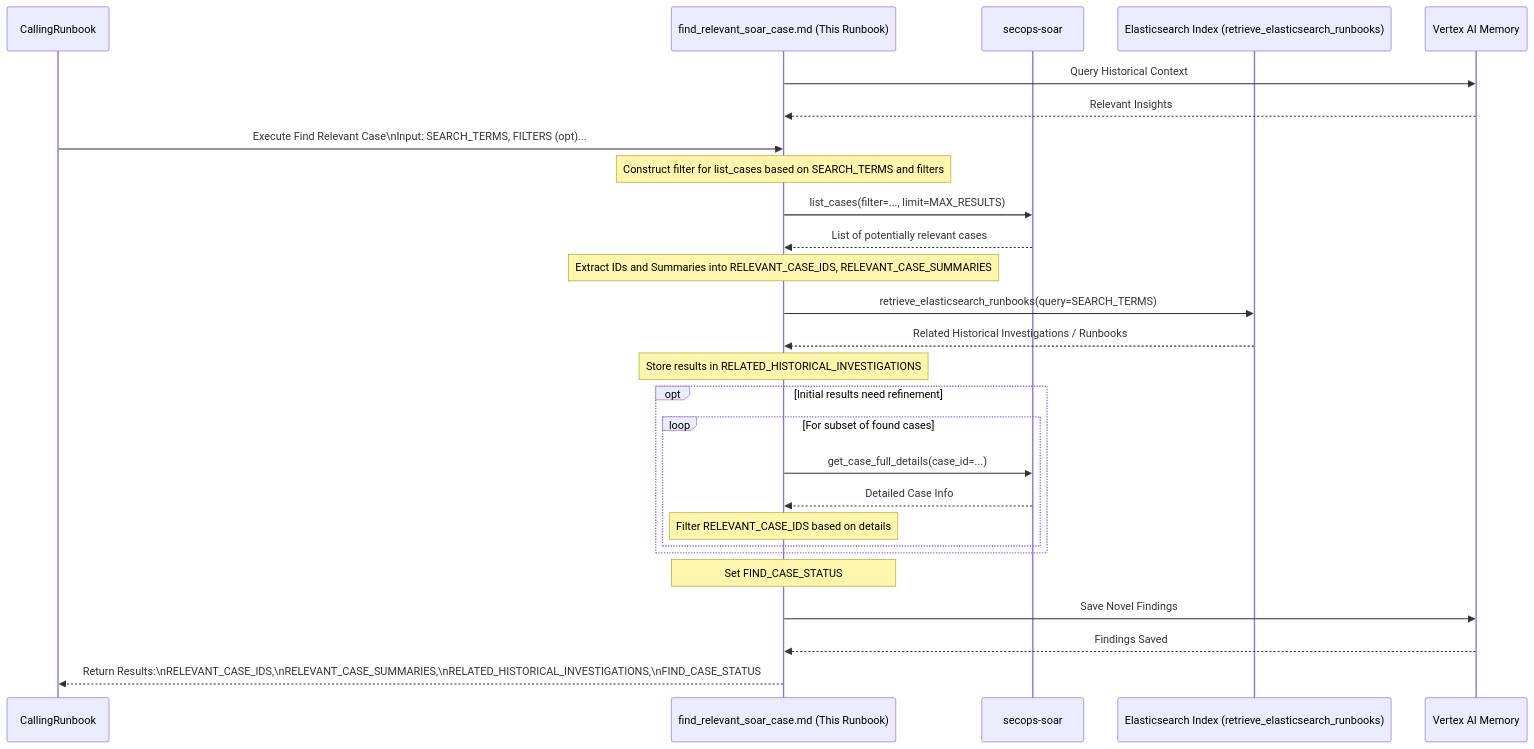
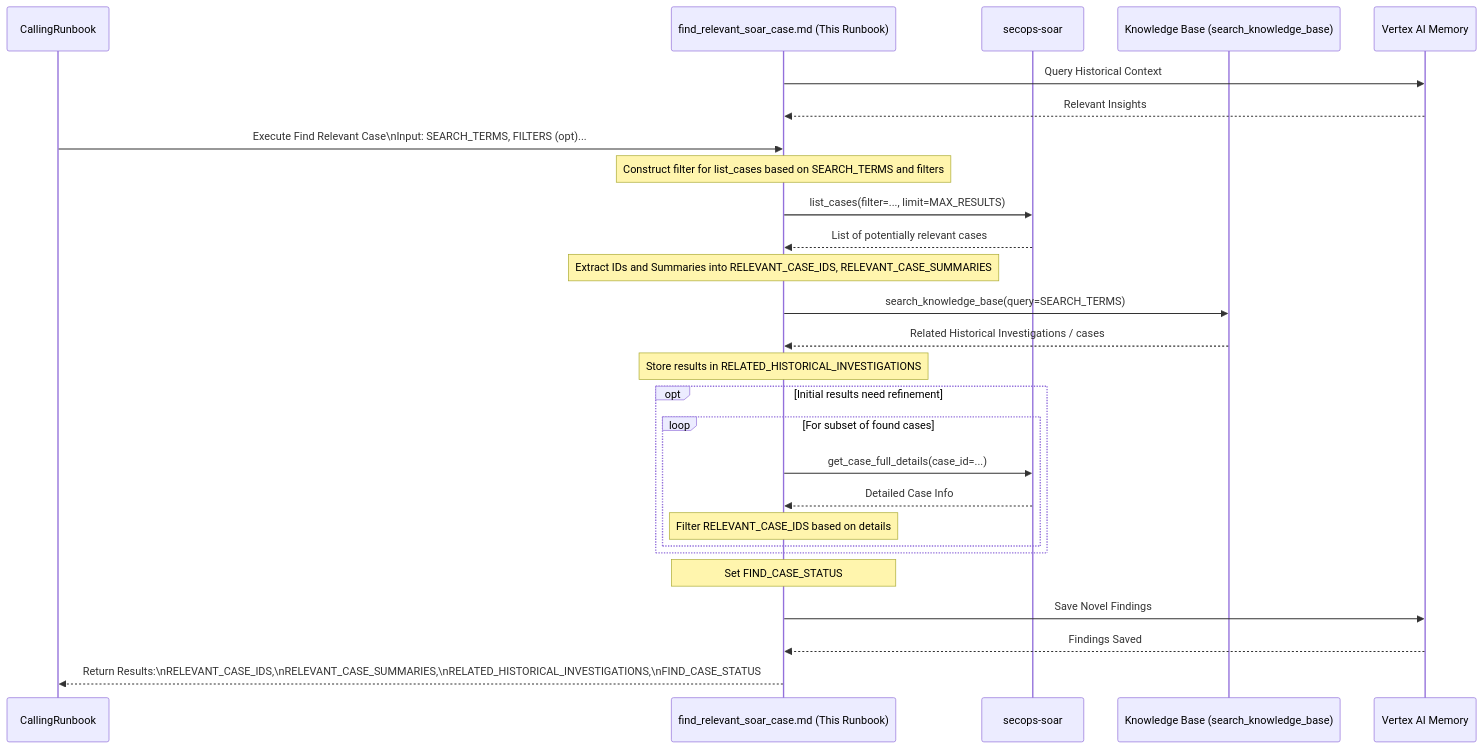
The diagram in rules-bank/run_books/common_steps/find_relevant_soar_case.md (dandye/adk_runbooks), drawn with Mermaid before and after one commit. The commit also changed other lines of this file, not shown here.

Commit message:
refactor: update find_relevant_soar_case runbook with search_knowledge_base tool name

````diff
--- a/rules-bank/run_books/common_steps/find_relevant_soar_case.md
+++ b/rules-bank/run_books/common_steps/find_relevant_soar_case.md
@@ -49,45 +49,45 @@
 ```mermaid
 sequenceDiagram
     participant CallingRunbook
     participant FindCase as find_relevant_soar_case.md (This Runbook)
     participant SOAR as secops-soar
-    participant ES as Elasticsearch Index (retrieve_elasticsearch_runbooks)
+    participant KB as Knowledge Base (search_knowledge_base)
     participant Memory as Vertex AI Memory
 
     %% Step: Query Memory Context
     FindCase->>Memory: Query Historical Context
     Memory-->>FindCase: Relevant Insights
     CallingRunbook->>FindCase: Execute Find Relevant Case\nInput: SEARCH_TERMS, FILTERS (opt)...
 
     %% Step 2: Construct Filter
     Note over FindCase: Construct filter for list_cases based on SEARCH_TERMS and filters
 
     %% Step 3: Execute Search
     FindCase->>SOAR: list_cases(filter=..., limit=MAX_RESULTS)
     SOAR-->>FindCase: List of potentially relevant cases
 
     %% Step 4: Process Results
     Note over FindCase: Extract IDs and Summaries into RELEVANT_CASE_IDS, RELEVANT_CASE_SUMMARIES
 
     %% Step 5: Search Elasticsearch Index
-    FindCase->>ES: retrieve_elasticsearch_runbooks(query=SEARCH_TERMS)
-    ES-->>FindCase: Related Historical Investigations / Runbooks
+    FindCase->>KB: search_knowledge_base(query=SEARCH_TERMS)
+    KB-->>FindCase: Related Historical Investigations / cases
     Note over FindCase: Store results in RELATED_HISTORICAL_INVESTIGATIONS
 
     %% Step 6: Optional Refinement (Conceptual)
     opt Initial results need refinement
         loop For subset of found cases
             FindCase->>SOAR: get_case_full_details(case_id=...)
             SOAR-->>FindCase: Detailed Case Info
             Note over FindCase: Filter RELEVANT_CASE_IDS based on details
         end
     end
 
     %% Step 7: Return Results
     Note over FindCase: Set FIND_CASE_STATUS
 
     %% Step: Save Findings to Memory
     FindCase->>Memory: Save Novel Findings
     Memory-->>FindCase: Findings Saved
     FindCase-->>CallingRunbook: Return Results:\nRELEVANT_CASE_IDS,\nRELEVANT_CASE_SUMMARIES,\nRELATED_HISTORICAL_INVESTIGATIONS,\nFIND_CASE_STATUS
 ```
````
